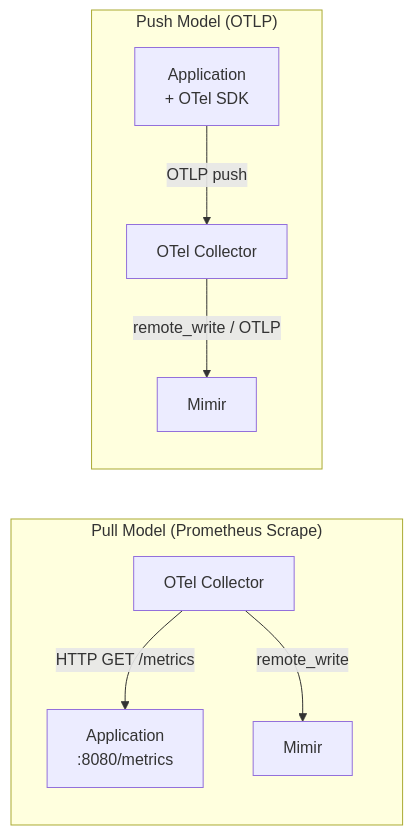
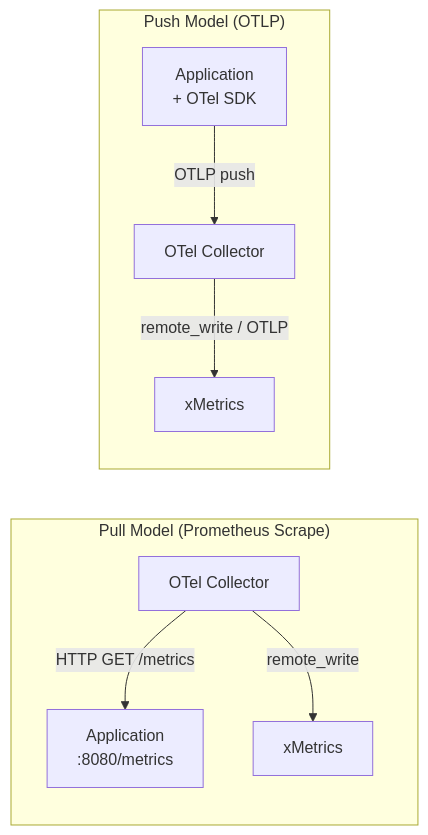
The first of 2 diagrams in docs/session-3/metrics-collection.md (xscaler/training), drawn with Mermaid before and after one commit. The commit also changed other lines of this file and 29 other files, not shown here.

````diff
--- a/docs/session-3/metrics-collection.md
+++ b/docs/session-3/metrics-collection.md
@@ -14,12 +14,12 @@
 ```mermaid
 graph LR
     subgraph "Pull Model (Prometheus Scrape)"
         COL_PULL[OTel Collector] -->|HTTP GET /metrics| APP_PULL[Application\n:8080/metrics]
-        COL_PULL -->|remote_write| MI_PULL[Mimir]
+        COL_PULL -->|remote_write| MI_PULL[xMetrics]
     end
 
     subgraph "Push Model (OTLP)"
         APP_PUSH[Application\n+ OTel SDK] -->|OTLP push| COL_PUSH[OTel Collector]
-        COL_PUSH -->|remote_write / OTLP| MI_PUSH[Mimir]
+        COL_PUSH -->|remote_write / OTLP| MI_PUSH[xMetrics]
     end
 ```
````
